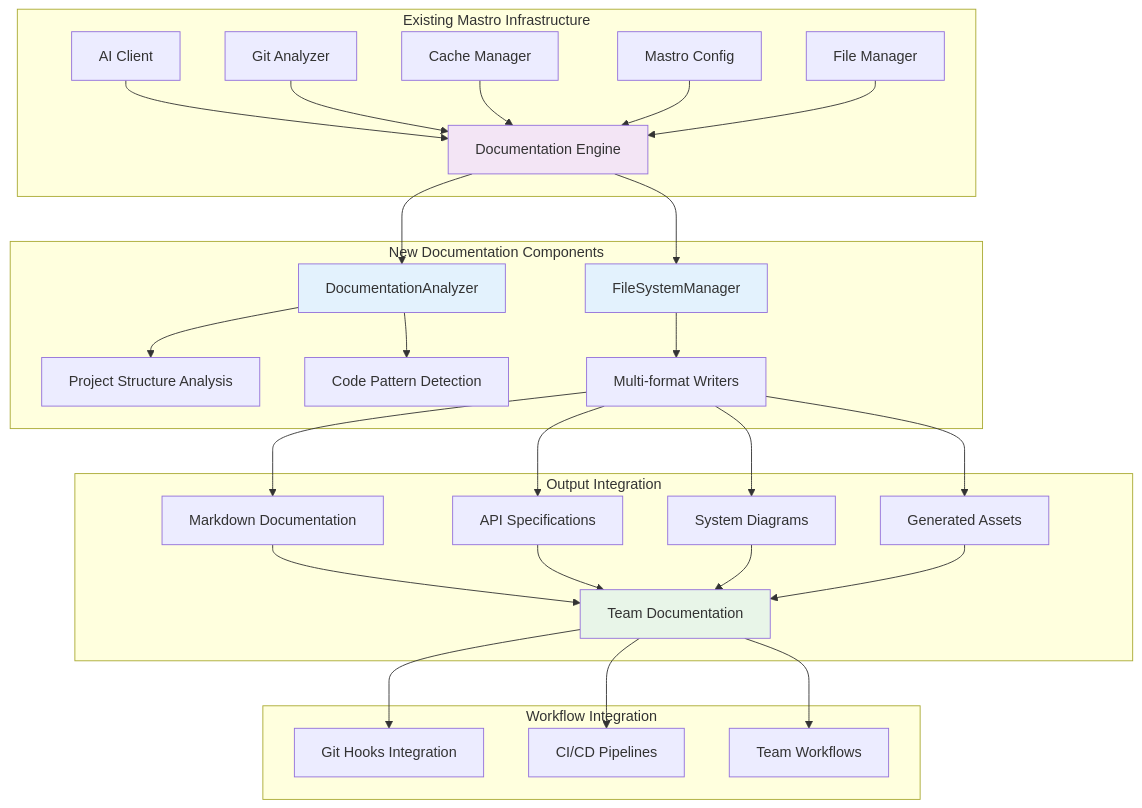
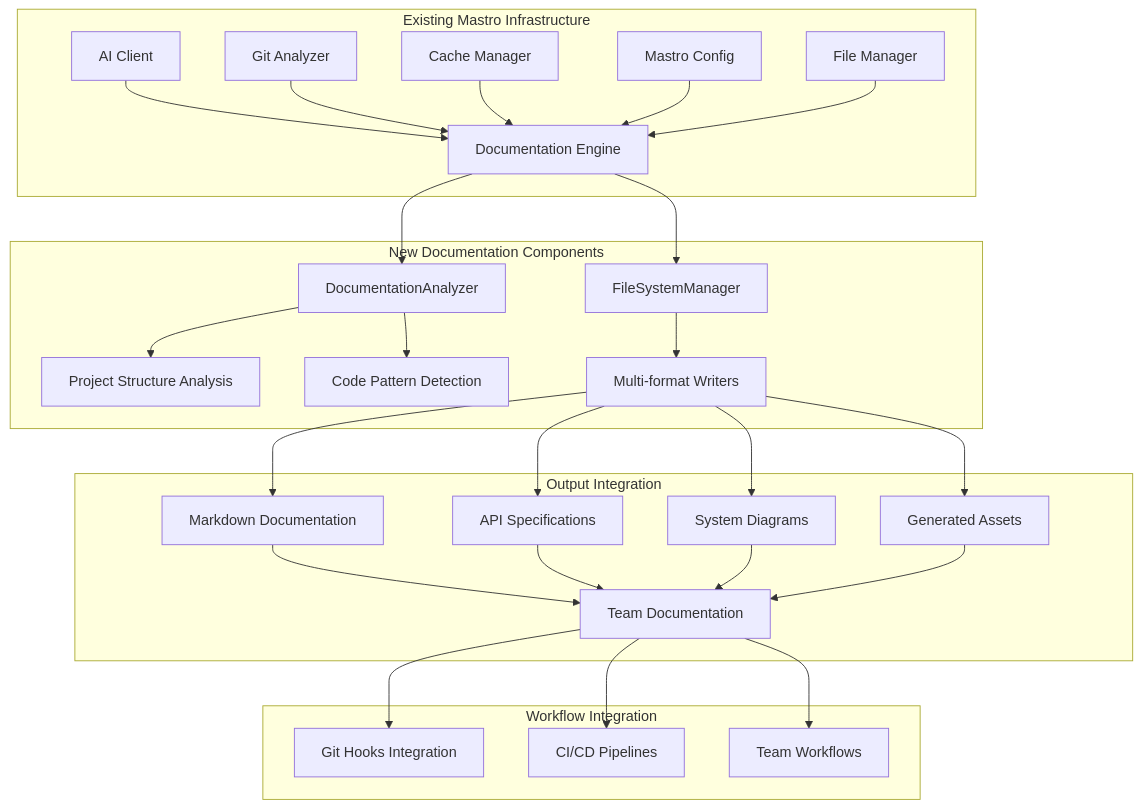
The fifth of 8 diagrams in docs/diagrams/mastro-docs-workflow.md (geogoesbeepboop/mastro), drawn with Mermaid before and after one commit. The commit also changed other lines of this file, not shown here.

First line of the commit message:
docs: update workflow diagram for clarity and accuracy

````diff
--- a/docs/diagrams/mastro-docs-workflow.md
+++ b/docs/diagrams/mastro-docs-workflow.md
@@ -178,41 +184,43 @@
 ```mermaid
+
 flowchart TB
     subgraph "Existing Mastro Infrastructure"
         A1[AI Client] --> B1[Documentation Engine]
         A2[Git Analyzer] --> B1
         A3[Cache Manager] --> B1
         A4[Mastro Config] --> B1
         A5[File Manager] --> B1
     end
     
     subgraph "New Documentation Components"
         B1 --> C1[DocumentationAnalyzer]
         B1 --> C2[FileSystemManager]
         C1 --> C3[Project Structure Analysis]
         C1 --> C4[Code Pattern Detection]
         C2 --> C5[Multi-format Writers]
     end
     
     subgraph "Output Integration"
         C5 --> D1[Markdown Documentation]
         C5 --> D2[API Specifications]
         C5 --> D3[System Diagrams]
         C5 --> D4[Generated Assets]
         
         D1 --> E[Team Documentation]
         D2 --> E
         D3 --> E
         D4 --> E
     end
     
     subgraph "Workflow Integration"
         E --> F1[Git Hooks Integration]
         E --> F2[CI/CD Pipelines]
         E --> F3[Team Workflows]
     end
     
-    style B1 fill:#f3e5f5
-    style C1 fill:#e3f2fd
-    style C2 fill:#e3f2fd
-    style E fill:#e8f5e8
+    style B1 fill:#f3e5f5 color:#000000
+    style C1 fill:#e3f2fd color:#000000
+    style C2 fill:#e3f2fd color:#000000
+    style E fill:#e8f5e8 color:#000000
+
 ```
````
